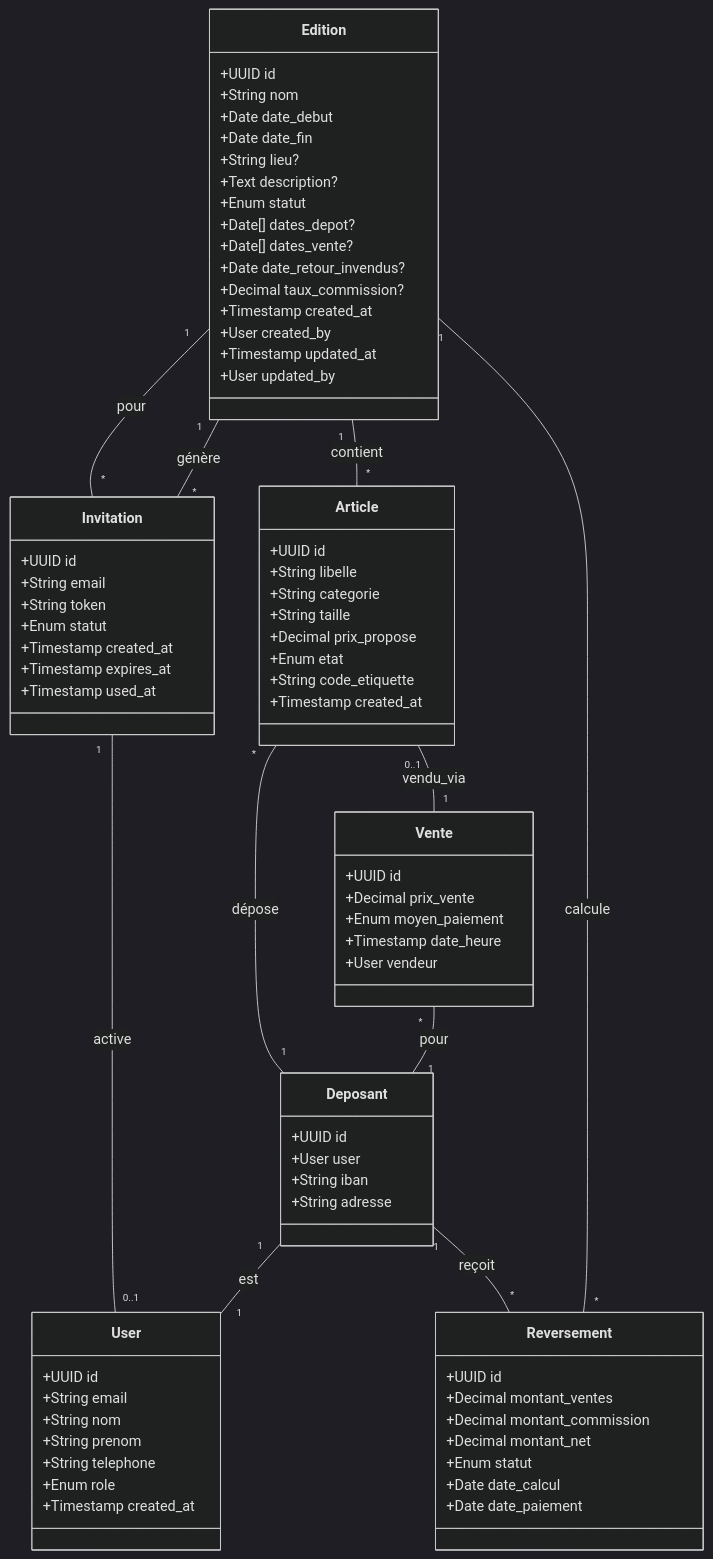
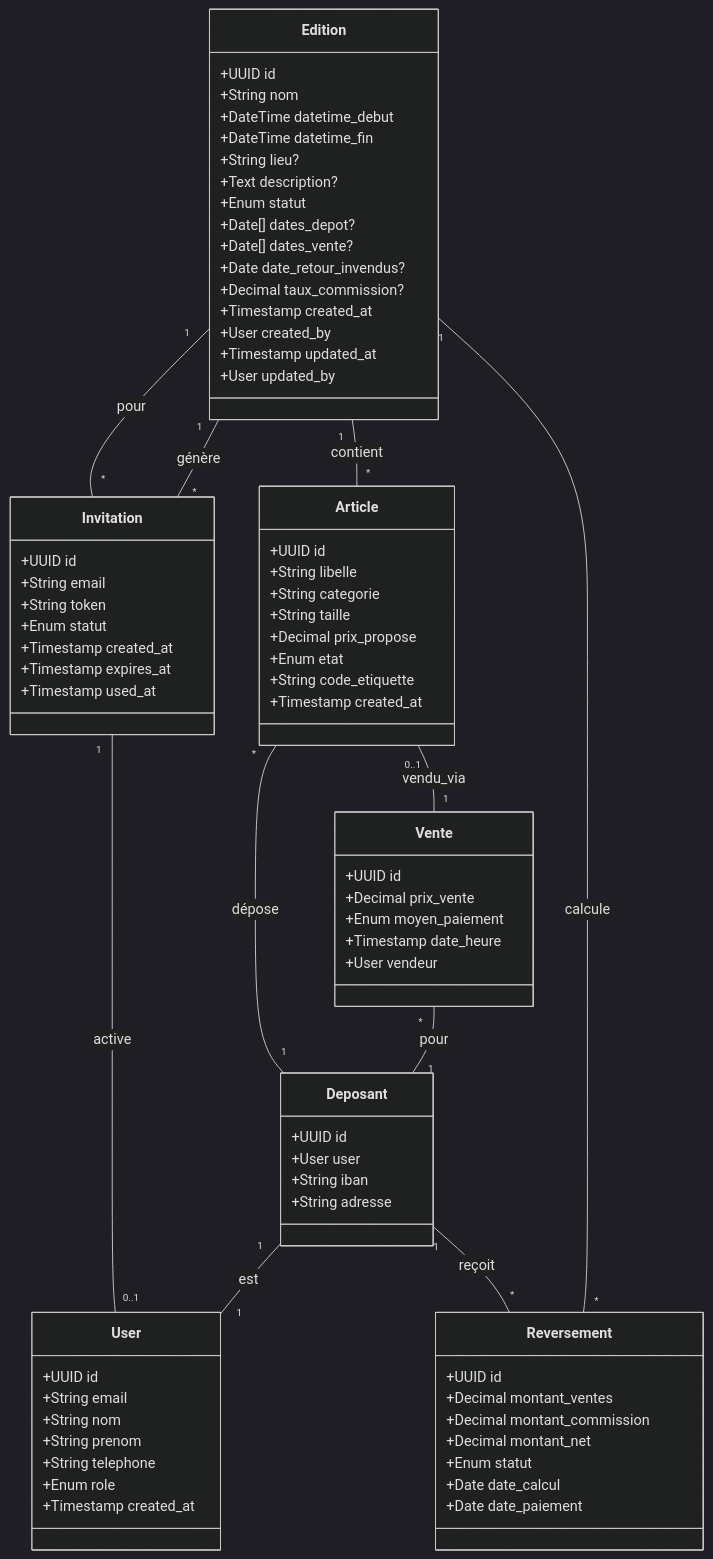
The first of 2 diagrams in docs/domain-model.md (ALPE-Plaisance-du-Touch/Gestionnaire-de-Bourse-ALPE), drawn with Mermaid (dark theme) before and after one commit. The commit also changed other lines of this file and 1 other file, not shown here.

First line of the commit message:
feat(US-006): add time component to edition start/end dates

```diff
--- a/docs/domain-model.md
+++ b/docs/domain-model.md
@@ -15,8 +15,8 @@
   class Edition {
     +UUID id
     +String nom
-    +Date date_debut
-    +Date date_fin
+    +DateTime datetime_debut
+    +DateTime datetime_fin
     +String lieu?
     +Text description?
     +Enum statut
```
